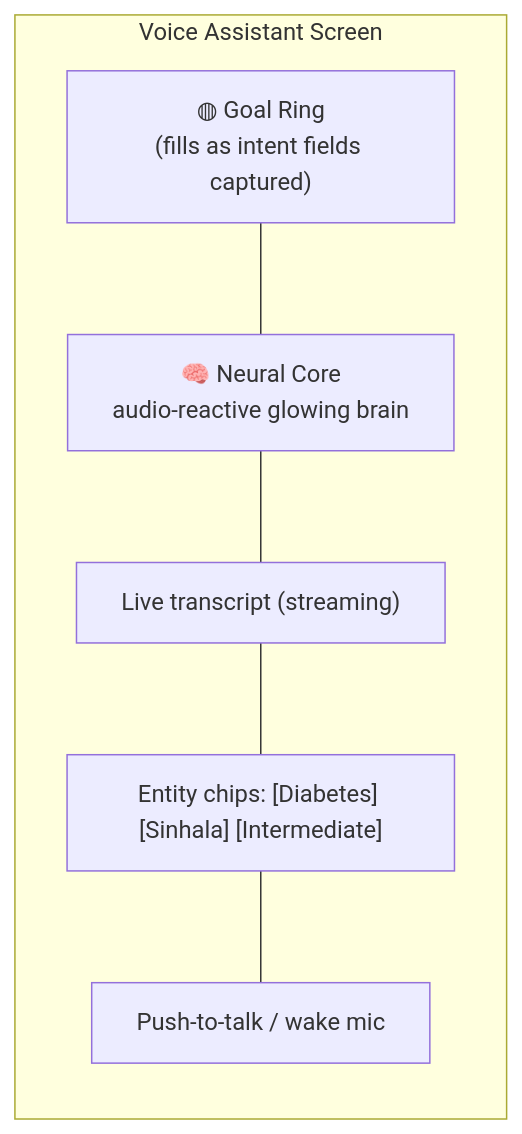
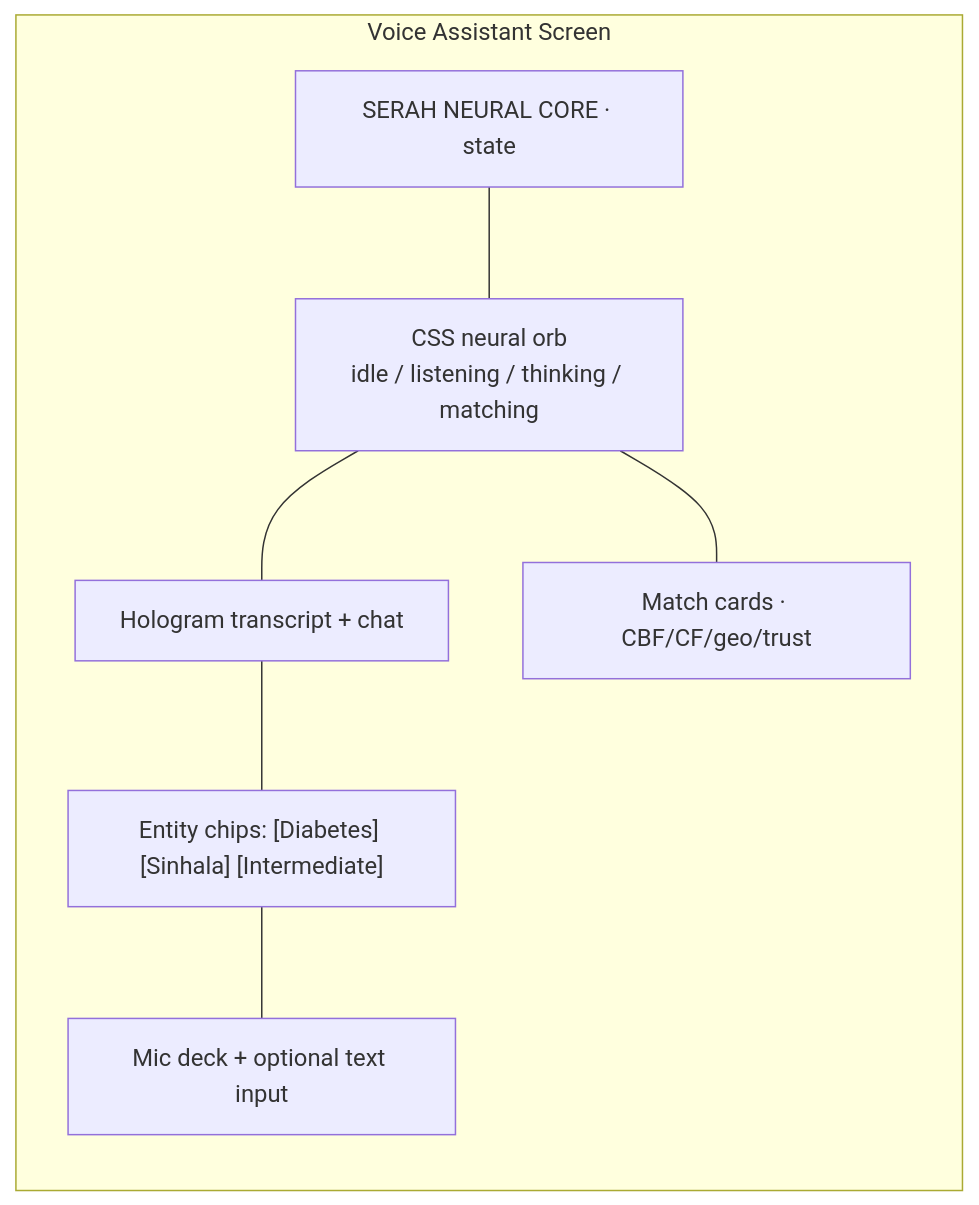
One commit to udithsandaruwan2/care-plus-aio changed the first of 4 diagrams in docs/FRONTEND.md. Above: the diagram before and after it, drawn with Mermaid. The commit also changed other lines of this file and 66 other files, not shown here.

````diff
--- a/docs/FRONTEND.md
+++ b/docs/FRONTEND.md
@@ -84,13 +89,15 @@
 ```mermaid
 flowchart TB
     subgraph Screen["Voice Assistant Screen"]
         direction TB
-        GR["◍ Goal Ring<br/>(fills as intent fields captured)"]
-        BR["🧠 Neural Core<br/>audio-reactive glowing brain"]
-        TR["Live transcript (streaming)"]
+        HUD["SERAH NEURAL CORE · state"]
+        ORB["CSS neural orb<br/>idle / listening / thinking / matching"]
+        TR["Hologram transcript + chat"]
         CH["Entity chips: [Diabetes] [Sinhala] [Intermediate]"]
-        MIC["Push-to-talk / wake mic"]
+        MIC["Mic deck + optional text input"]
+        MC["Match cards · CBF/CF/geo/trust"]
     end
-    GR --- BR
-    BR --- TR --- CH --- MIC
+    HUD --- ORB
+    ORB --- TR --- CH --- MIC
+    ORB --- MC
 ```
````
